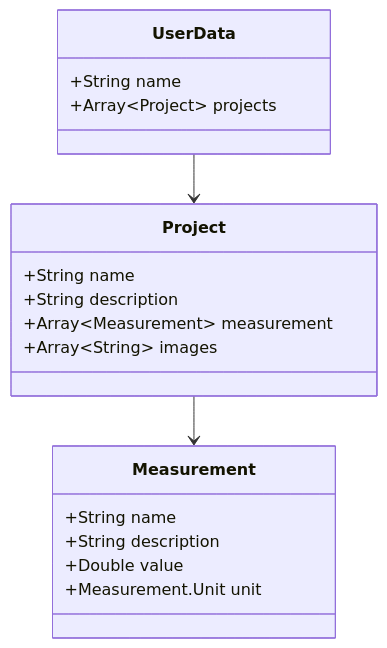
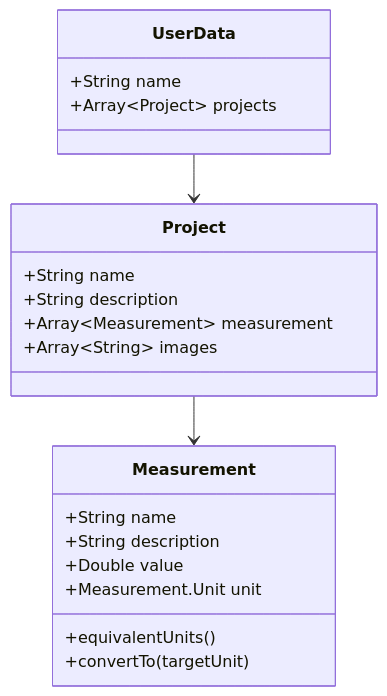
Before and after one commit to radcli14/youkon: the diagram in README.md, drawn with Mermaid.

Commit message:
Added measurement methods to the readme

````diff
--- a/README.md
+++ b/README.md
@@ -21,21 +21,23 @@
 ```mermaid
 classDiagram
 UserData --> Project
 Project --> Measurement
 class UserData {
 +String name
 +Array~Project~ projects
 }
 class Project {
 +String name
 +String description
 +Array~Measurement~ measurement
 +Array~String~ images
 }
 class Measurement {
 +String name
 +String description
 +Double value
 +Measurement.Unit unit
++equivalentUnits()
++convertTo(targetUnit)
 } 
 ```
````
